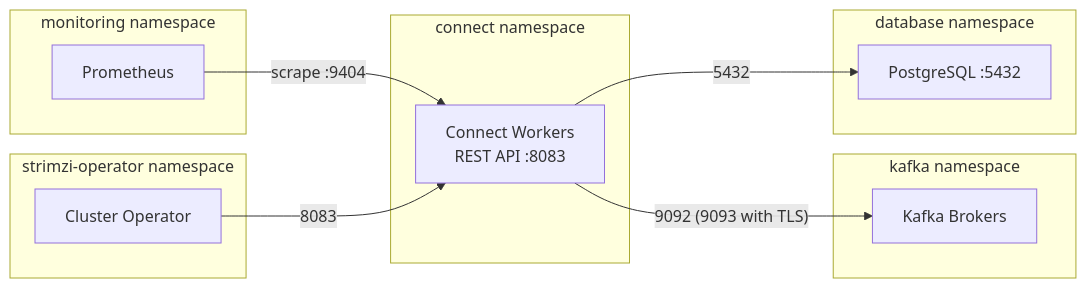
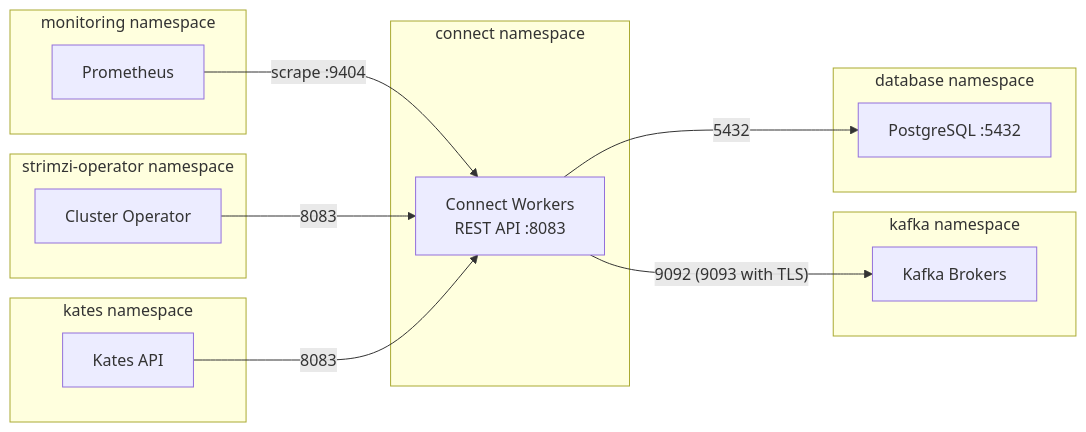
One commit to bmscomp/kates changed the third of 4 diagrams in docs/book/operating-kafka-connect.md. Above: the diagram before and after it, drawn with Mermaid. The commit also changed other lines of this file and 52 other files, not shown here.

````diff
--- a/docs/book/operating-kafka-connect.md
+++ b/docs/book/operating-kafka-connect.md
@@ -333,30 +238,35 @@
 ```mermaid
 %%| label: fig-okc-network-flows
-%%| fig-cap: "The flows the chart's policy admits when the workers run in connect and the brokers in kafka."
-%%| fig-alt: "The Connect workers in the connect namespace reach the Kafka brokers in the kafka namespace on 9092, or 9093 with TLS, and PostgreSQL in the database namespace on 5432. Prometheus in the monitoring namespace scrapes the workers on 9404, and the Cluster Operator in the strimzi-operator namespace calls their REST API on 8083."
+%%| fig-cap: "Who may reach the workers and what the workers may reach, under the default kates deploy layout."
+%%| fig-alt: "The Connect workers in the connect namespace reach the Kafka brokers in the kafka namespace on 9092, or 9093 with TLS, and PostgreSQL in the database namespace on 5432. Prometheus in the monitoring namespace scrapes the workers on 9404, and the Cluster Operator in the strimzi-operator namespace and the Kates API in the kates namespace call their REST API on 8083."
 graph LR
     subgraph connect_ns["connect namespace"]
         CW["Connect Workers<br/>REST API :8083"]
     end
 
     subgraph kafka_ns["kafka namespace"]
         KB["Kafka Brokers"]
     end
 
     subgraph operator_ns["strimzi-operator namespace"]
         CO["Cluster Operator"]
     end
 
     subgraph db_ns["database namespace"]
         PG["PostgreSQL :5432"]
     end
 
     subgraph monitoring["monitoring namespace"]
         PROM["Prometheus"]
     end
 
+    subgraph kates_ns["kates namespace"]
+        KA["Kates API"]
+    end
+
     CW -->|"9092 (9093 with TLS)"| KB
     CW -->|"5432"| PG
     PROM -->|"scrape :9404"| CW
     CO -->|"8083"| CW
+    KA -->|"8083"| CW
 ```
````
